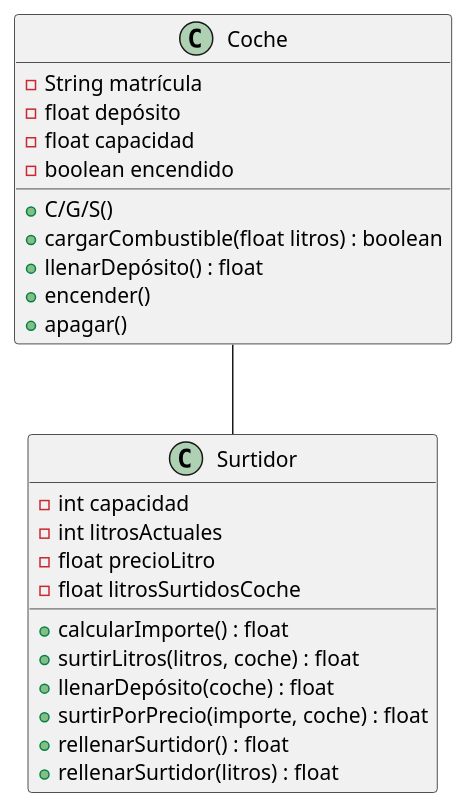
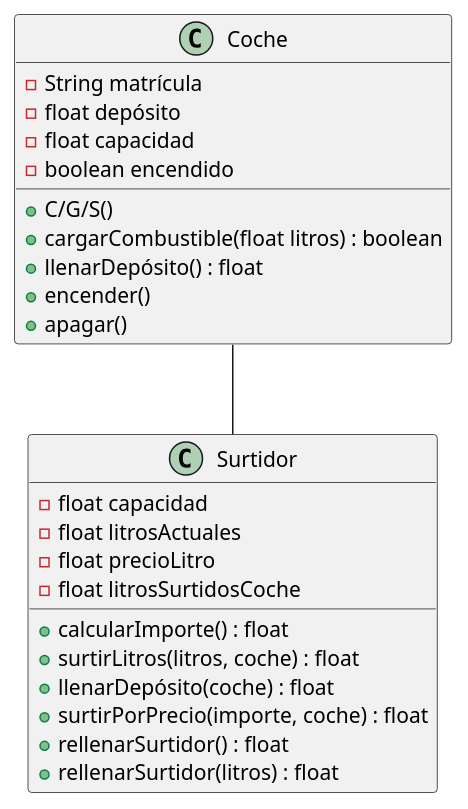
One commit to elprofesoremilio/DAM1_2425_Java changed the diagram in src/EjerciciosClase/Gasolinera/Gasolinera.puml. Above: the diagram before and after it, drawn with PlantUML. The commit also changed 5 other files, not shown here.

```diff
--- a/src/EjerciciosClase/Gasolinera/Gasolinera.puml
+++ b/src/EjerciciosClase/Gasolinera/Gasolinera.puml
@@ -1,29 +1,29 @@
 @startuml
 class Coche {
     - String matrícula
     - float depósito
     - float capacidad
     - boolean encendido
 
     + C/G/S()
     + cargarCombustible(float litros) : boolean
     + llenarDepósito() : float
     + encender()
     + apagar()
 }
 class Surtidor {
-    - int capacidad
-    - int litrosActuales
+    - float capacidad
+    - float litrosActuales
     - float precioLitro
     - float litrosSurtidosCoche
 
     + calcularImporte() : float
     + surtirLitros(litros, coche) : float
     + llenarDepósito(coche) : float
     + surtirPorPrecio(importe, coche) : float
     + rellenarSurtidor() : float
     + rellenarSurtidor(litros) : float
 }
 Surtidor -u- Coche
 
 @enduml
```
